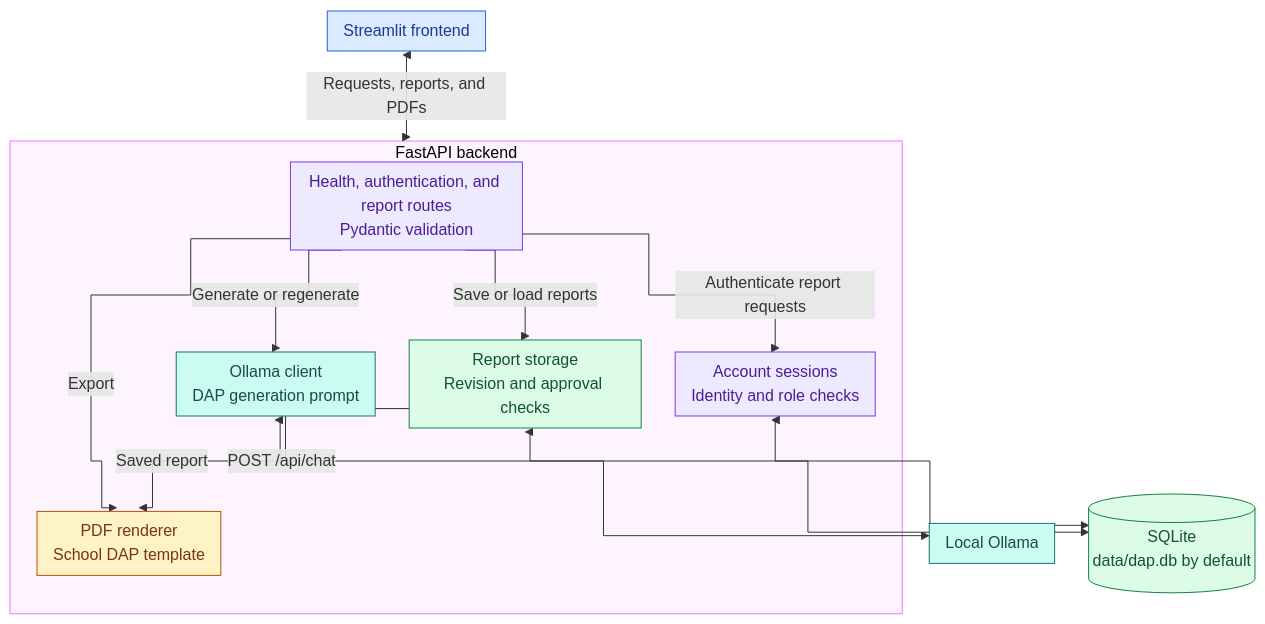
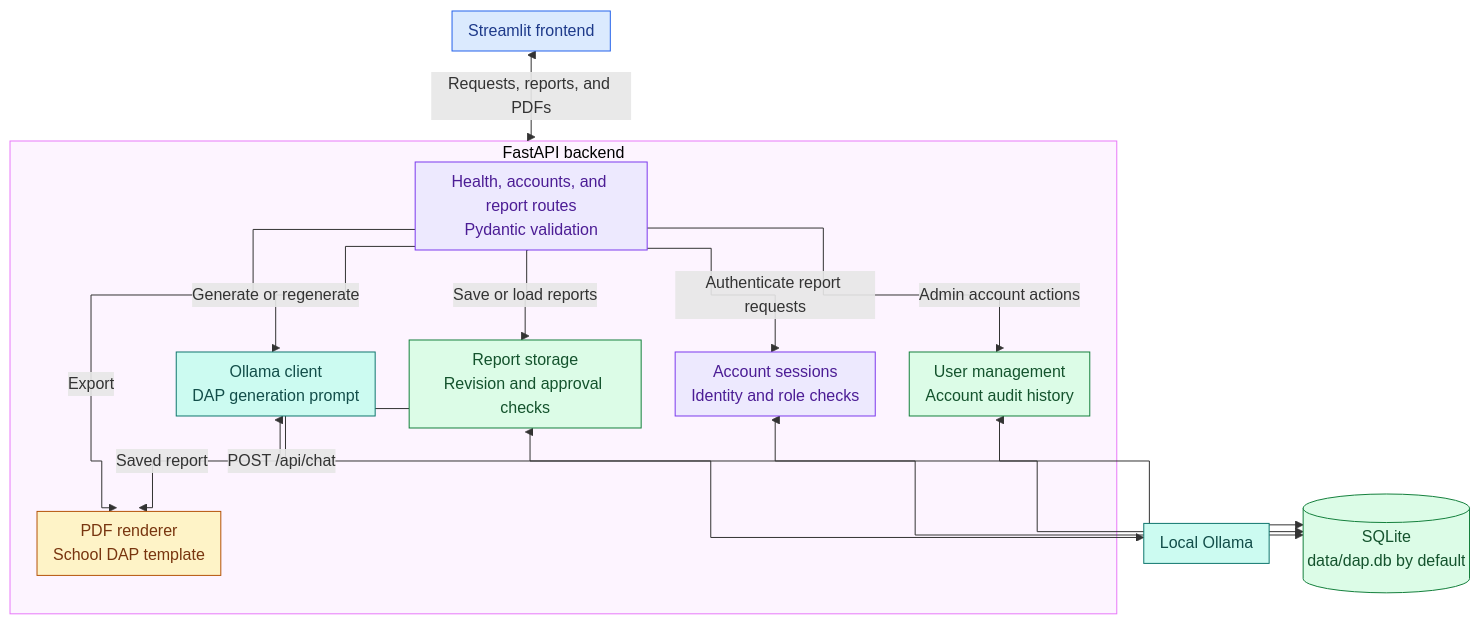
Before and after one commit to OllieOzzy/cmsc495-social-worker-ai-assistant: the first of 2 diagrams in src/documentation_assistant/backend/README.md, drawn with Mermaid. The commit also changed other lines of this file and 4 other files, not shown here.

Commit message:
Update guides and diagrams for authenticated 2.0.0 workflows.

````diff
--- a/src/documentation_assistant/backend/README.md
+++ b/src/documentation_assistant/backend/README.md
@@ -10,40 +10,43 @@
 ```mermaid
 %%{init: {"flowchart": {"nodeSpacing": 34, "rankSpacing": 42, "padding": 8, "curve": "step"}}}%%
 flowchart TD
     UI["Streamlit frontend"]
 
     subgraph API["FastAPI backend"]
-        Routes["Health, authentication, and report routes<br/>Pydantic validation"]
+        Routes["Health, accounts, and report routes<br/>Pydantic validation"]
         Auth["Account sessions<br/>Identity and role checks"]
+        Accounts["User management<br/>Account audit history"]
         LLM["Ollama client<br/>DAP generation prompt"]
         Store["Report storage<br/>Revision and approval checks"]
         PDF["PDF renderer<br/>School DAP template"]
 
         Routes -->|"Generate or regenerate"| LLM
         Routes -->|"Authenticate report requests"| Auth
+        Routes -->|"Admin account actions"| Accounts
         Routes -->|"Save or load reports"| Store
         Routes -->|"Export"| PDF
         Store -->|"Saved report"| PDF
     end
 
     Ollama["Local Ollama"]
     SQLite[("SQLite<br/>data/dap.db by default")]
 
     UI <-->|"Requests, reports, and PDFs"| API
     LLM <-->|"POST /api/chat"| Ollama
     Store <--> SQLite
     Auth <--> SQLite
+    Accounts <--> SQLite
 
     classDef frontend fill:#DBEAFE,stroke:#2563EB,color:#1E3A8A
     classDef backend fill:#EDE9FE,stroke:#7C3AED,color:#4C1D95
     classDef ai fill:#CCFBF1,stroke:#0F766E,color:#134E4A
     classDef storage fill:#DCFCE7,stroke:#15803D,color:#14532D
     classDef export fill:#FEF3C7,stroke:#B45309,color:#78350F
 
     class UI frontend
     class Routes,Auth backend
     class LLM,Ollama ai
-    class Store,SQLite storage
+    class Store,Accounts,SQLite storage
     class PDF export
     style API fill:#FDF4FF,stroke:#E879F9,color:#000000
 ```
````
